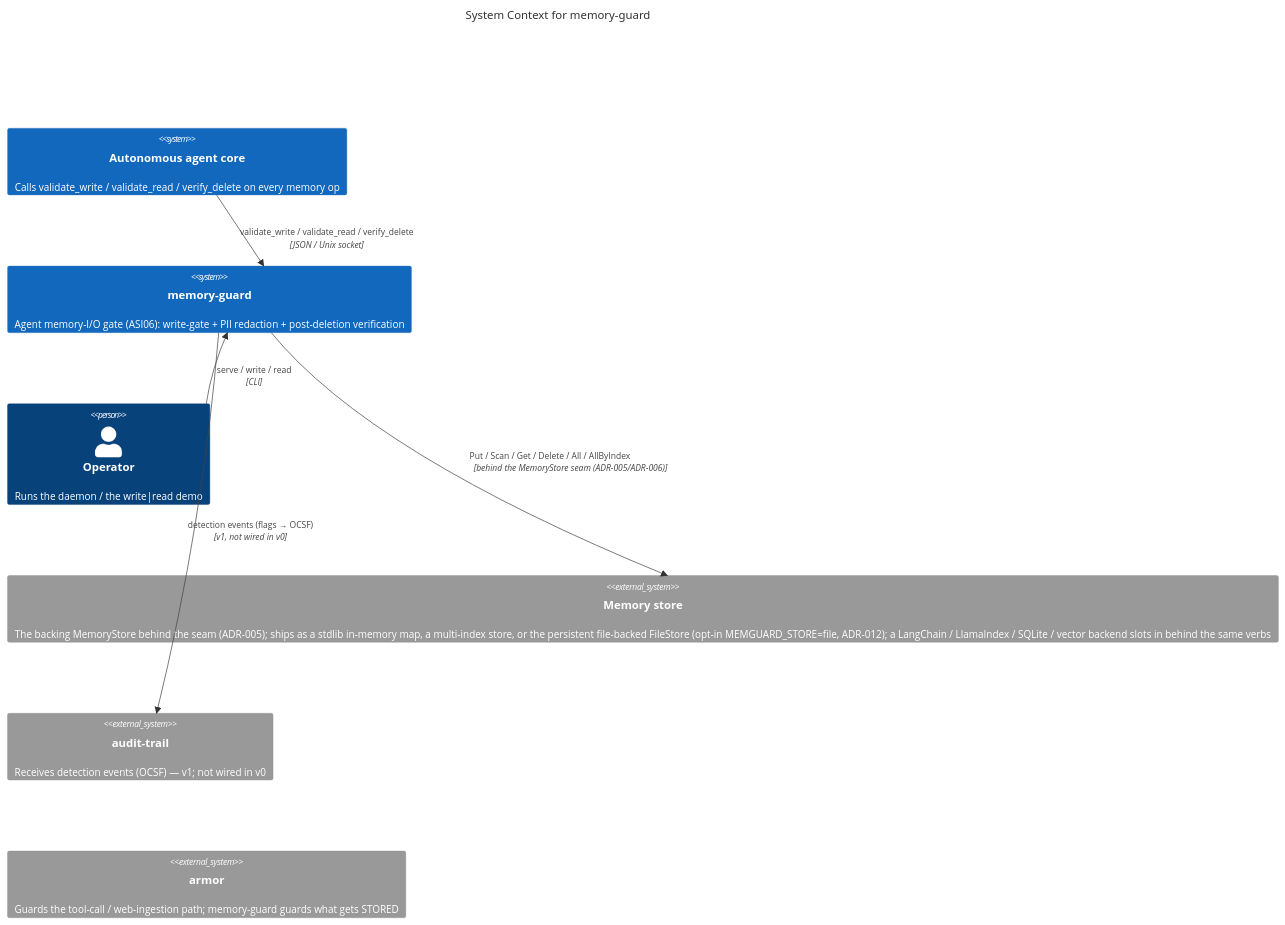
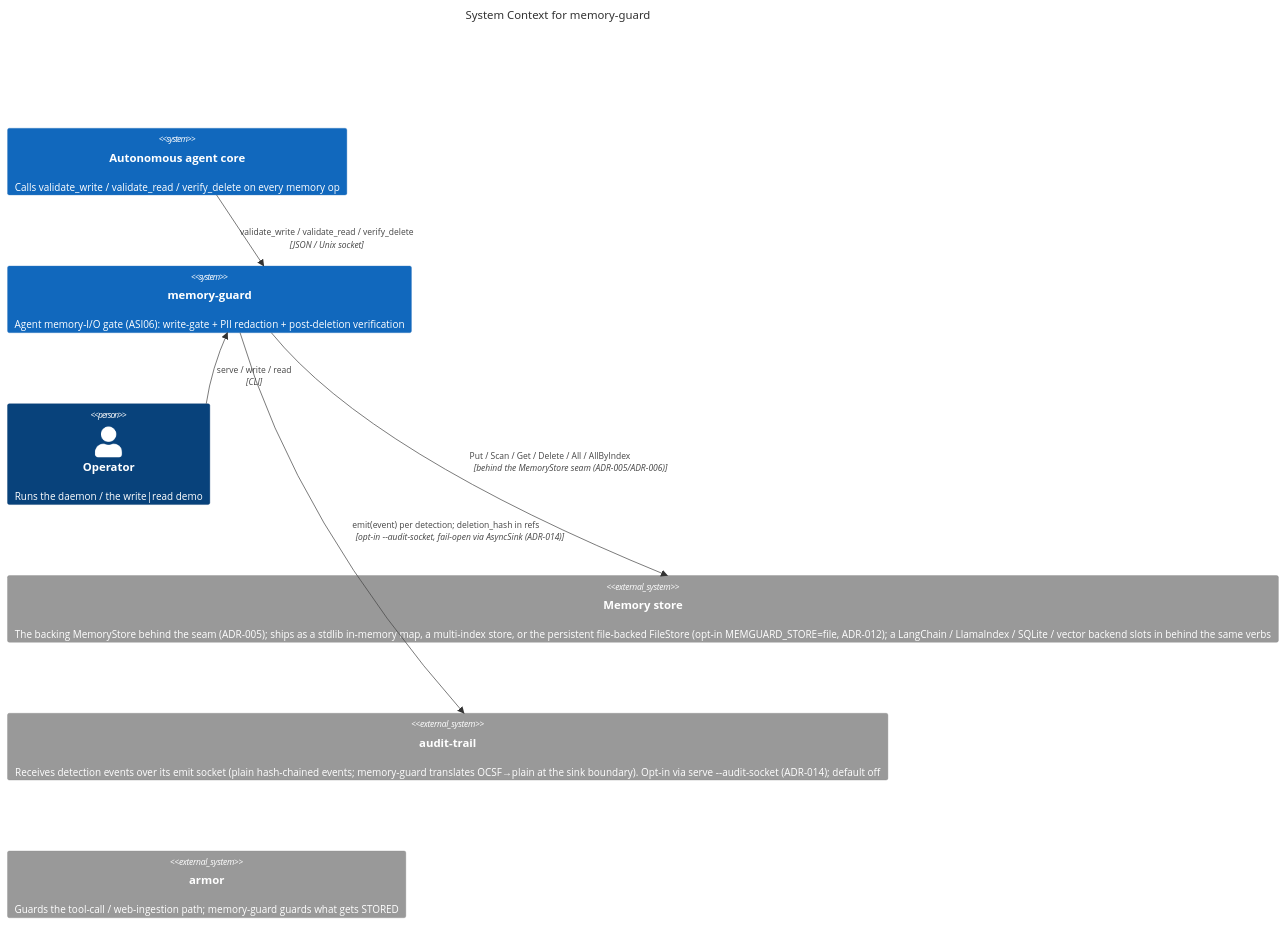
Before and after one commit to tkdtaylor/memory-guard: the first of 3 diagrams in docs/architecture/diagrams.md, drawn with Mermaid. The commit also changed other lines of this file and 8 other files, not shown here.

First line of the commit message:
feat: complete task 017 — audit-trail-socket-sink

````diff
--- a/docs/architecture/diagrams.md
+++ b/docs/architecture/diagrams.md
@@ -24,17 +24,17 @@
 ```mermaid
 C4Context
     title System Context for memory-guard
 
     System(agent, "Autonomous agent core", "Calls validate_write / validate_read / verify_delete on every memory op")
     System(memguard, "memory-guard", "Agent memory-I/O gate (ASI06): write-gate + PII redaction + post-deletion verification")
     Person(operator, "Operator", "Runs the daemon / the write|read demo")
 
     System_Ext(store, "Memory store", "The backing MemoryStore behind the seam (ADR-005); ships as a stdlib in-memory map, a multi-index store, or the persistent file-backed FileStore (opt-in MEMGUARD_STORE=file, ADR-012); a LangChain / LlamaIndex / SQLite / vector backend slots in behind the same verbs")
-    System_Ext(audit, "audit-trail", "Receives detection events (OCSF) — v1; not wired in v0")
+    System_Ext(audit, "audit-trail", "Receives detection events over its emit socket (plain hash-chained events; memory-guard translates OCSF→plain at the sink boundary). Opt-in via serve --audit-socket (ADR-014); default off")
     System_Ext(armor, "armor", "Guards the tool-call / web-ingestion path; memory-guard guards what gets STORED")
 
     Rel(agent, memguard, "validate_write / validate_read / verify_delete", "JSON / Unix socket")
     Rel(operator, memguard, "serve / write / read", "CLI")
     Rel(memguard, store, "Put / Scan / Get / Delete / All / AllByIndex", "behind the MemoryStore seam (ADR-005/ADR-006)")
-    Rel(memguard, audit, "detection events (flags → OCSF)", "v1, not wired in v0")
+    Rel(memguard, audit, "emit(event) per detection; deletion_hash in refs", "opt-in --audit-socket, fail-open via AsyncSink (ADR-014)")
 ```
````
